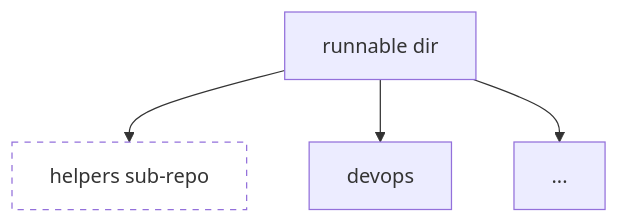
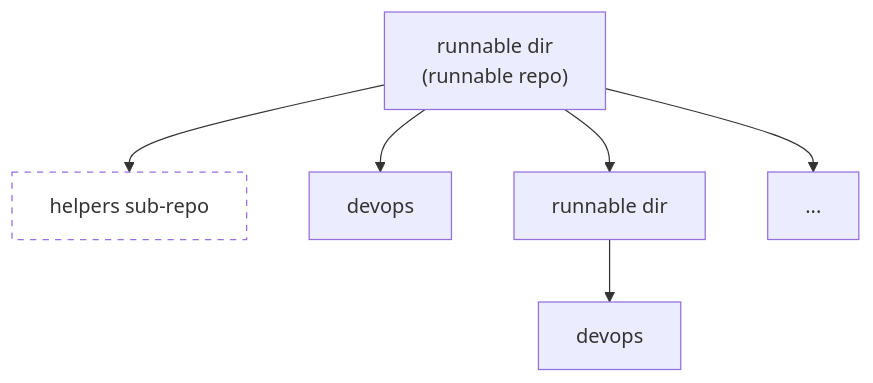
The second of 7 diagrams in docs/work_tools/dev_system/all.runnable_repo.reference.md (causify-ai/helpers), drawn with Mermaid before and after one commit. The commit also changed 3 other files, not shown here.

````diff
--- a/docs/work_tools/dev_system/all.runnable_repo.reference.md
+++ b/docs/work_tools/dev_system/all.runnable_repo.reference.md
@@ -135,9 +135,12 @@
   ```mermaid
   graph TD
-    runnable_dir[runnable dir]
-    runnable_dir --> helpers_sub_repo[helpers sub-repo]
-    runnable_dir --> devops[devops]
-    runnable_dir --> others[...]
+    runnable_repo["runnable dir<br>(runnable repo)"]
+    runnable_repo --> helpers_sub_repo[helpers sub-repo]
+    runnable_repo --> devops[devops]
+    runnable_repo --> runnable_dir[runnable dir]
+    runnable_repo --> others[...]
+
+    runnable_dir  --> runnable_dir_devops[devops]
 
     style helpers_sub_repo fill:transparent, stroke-dasharray: 5 5
   ```
````
